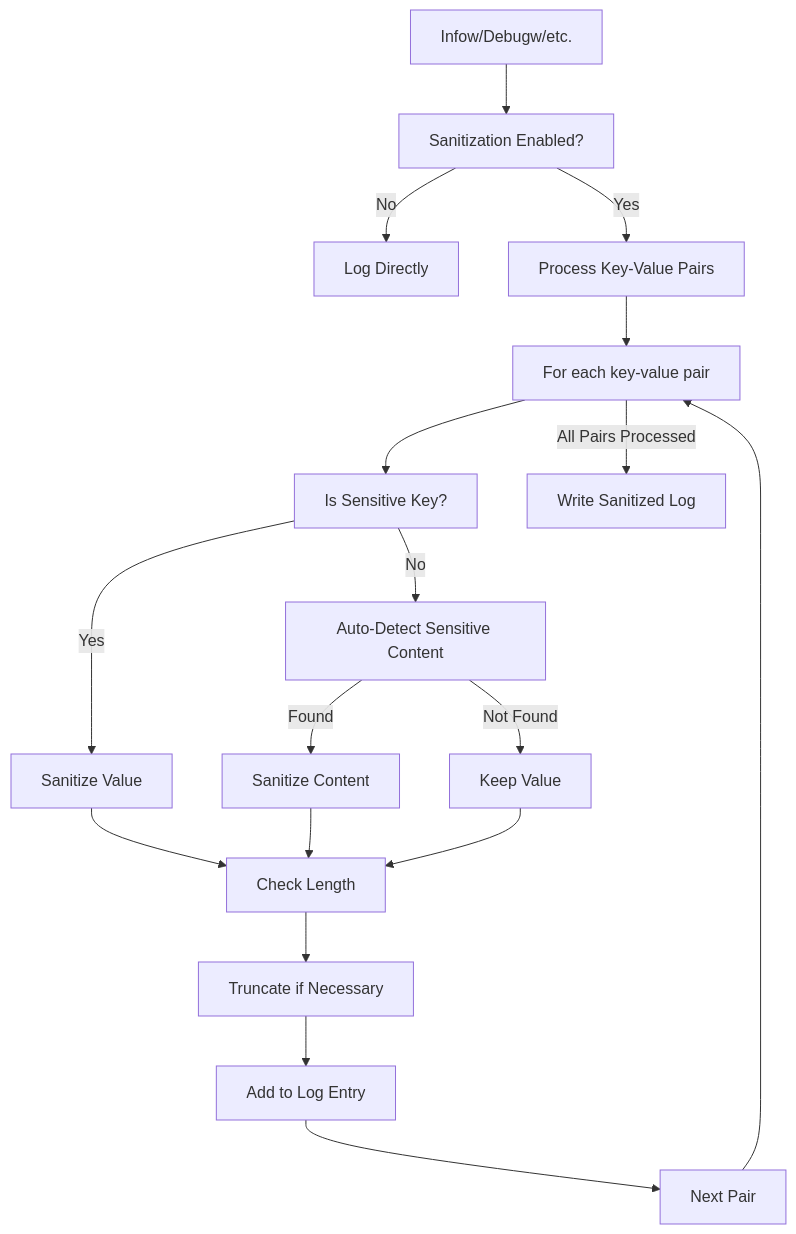
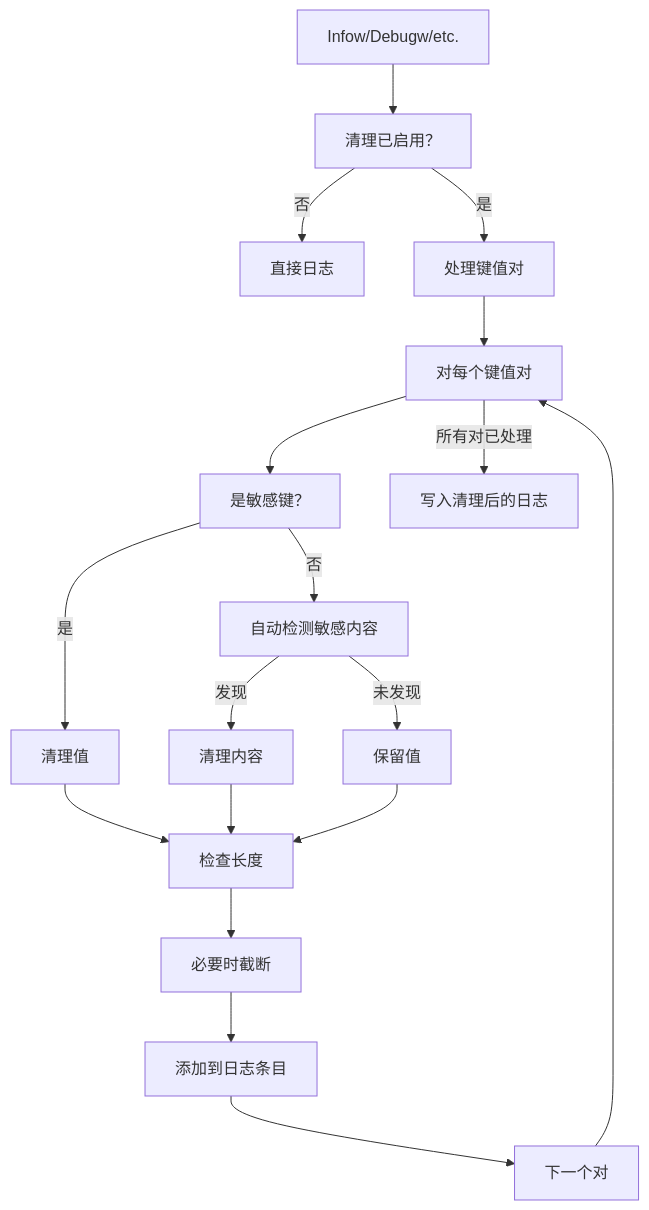
One commit to 26huitailang/kratos-boilerplate changed the fifth of 5 diagrams in .qoder/repowiki/zh/content/Backend Services/Sensitive Data Handling.md. Above: the diagram before and after it, drawn with Mermaid. The commit also changed other lines of this file and 31 other files, not shown here.

````diff
--- a/.qoder/repowiki/zh/content/Backend Services/Sensitive Data Handling.md
+++ b/.qoder/repowiki/zh/content/Backend Services/Sensitive Data Handling.md
@@ -297,20 +337,20 @@
 ```mermaid
 flowchart TD
-Input[Infow/Debugw/etc.] --> CheckEnabled["Sanitization Enabled?"]
-CheckEnabled --> |No| DirectLog["Log Directly"]
-CheckEnabled --> |Yes| ProcessPairs["Process Key-Value Pairs"]
-ProcessPairs --> Loop["For each key-value pair"]
-Loop --> IsSensitiveKey["Is Sensitive Key?"]
-IsSensitiveKey --> |Yes| SanitizeValue["Sanitize Value"]
-IsSensitiveKey --> |No| AutoDetect["Auto-Detect Sensitive Content"]
-AutoDetect --> |Found| SanitizeContent["Sanitize Content"]
-AutoDetect --> |Not Found| KeepValue["Keep Value"]
-SanitizeValue --> CheckLength["Check Length"]
+Input[Infow/Debugw/etc.] --> CheckEnabled["清理已启用？"]
+CheckEnabled --> |否| DirectLog["直接日志"]
+CheckEnabled --> |是| ProcessPairs["处理键值对"]
+ProcessPairs --> Loop["对每个键值对"]
+Loop --> IsSensitiveKey["是敏感键？"]
+IsSensitiveKey --> |是| SanitizeValue["清理值"]
+IsSensitiveKey --> |否| AutoDetect["自动检测敏感内容"]
+AutoDetect --> |发现| SanitizeContent["清理内容"]
+AutoDetect --> |未发现| KeepValue["保留值"]
+SanitizeValue --> CheckLength["检查长度"]
 SanitizeContent --> CheckLength
 KeepValue --> CheckLength
-CheckLength --> Truncate["Truncate if Necessary"]
-Truncate --> AddToLog["Add to Log Entry"]
-AddToLog --> NextPair["Next Pair"]
+CheckLength --> Truncate["必要时截断"]
+Truncate --> AddToLog["添加到日志条目"]
+AddToLog --> NextPair["下一个对"]
 NextPair --> Loop
-Loop --> |All Pairs Processed| WriteLog["Write Sanitized Log"]
+Loop --> |所有对已处理| WriteLog["写入清理后的日志"]
 ```
````
